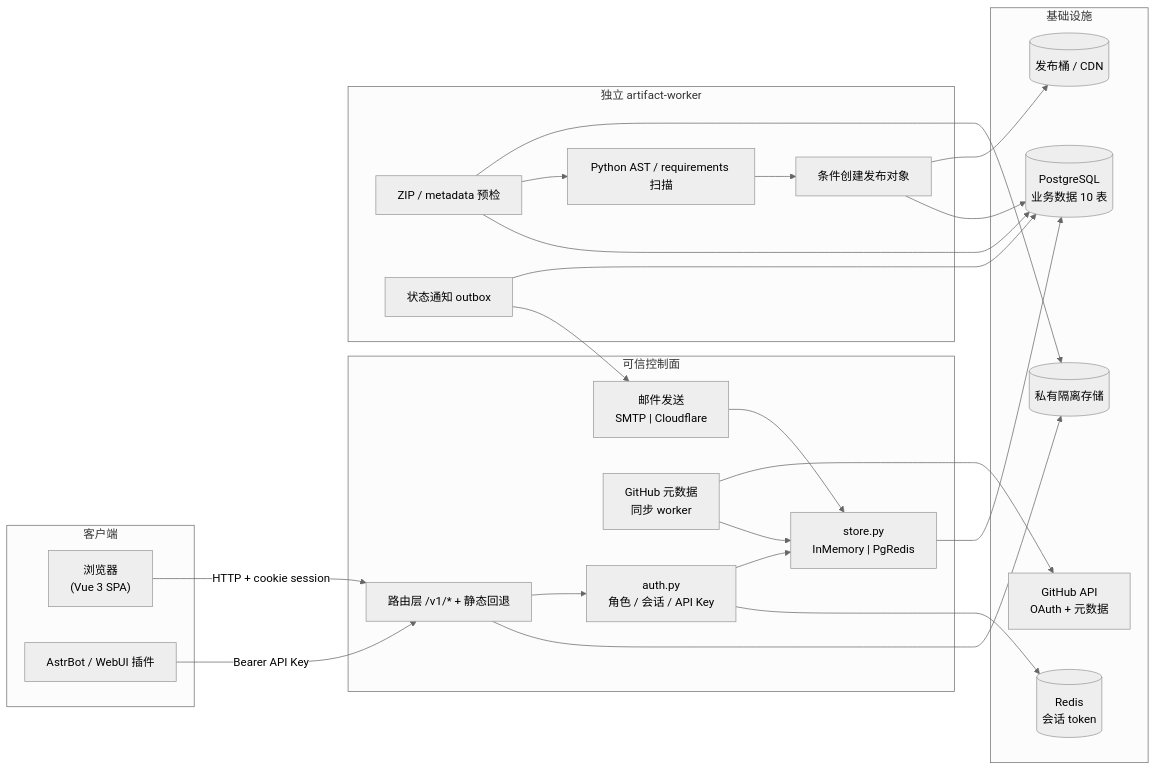
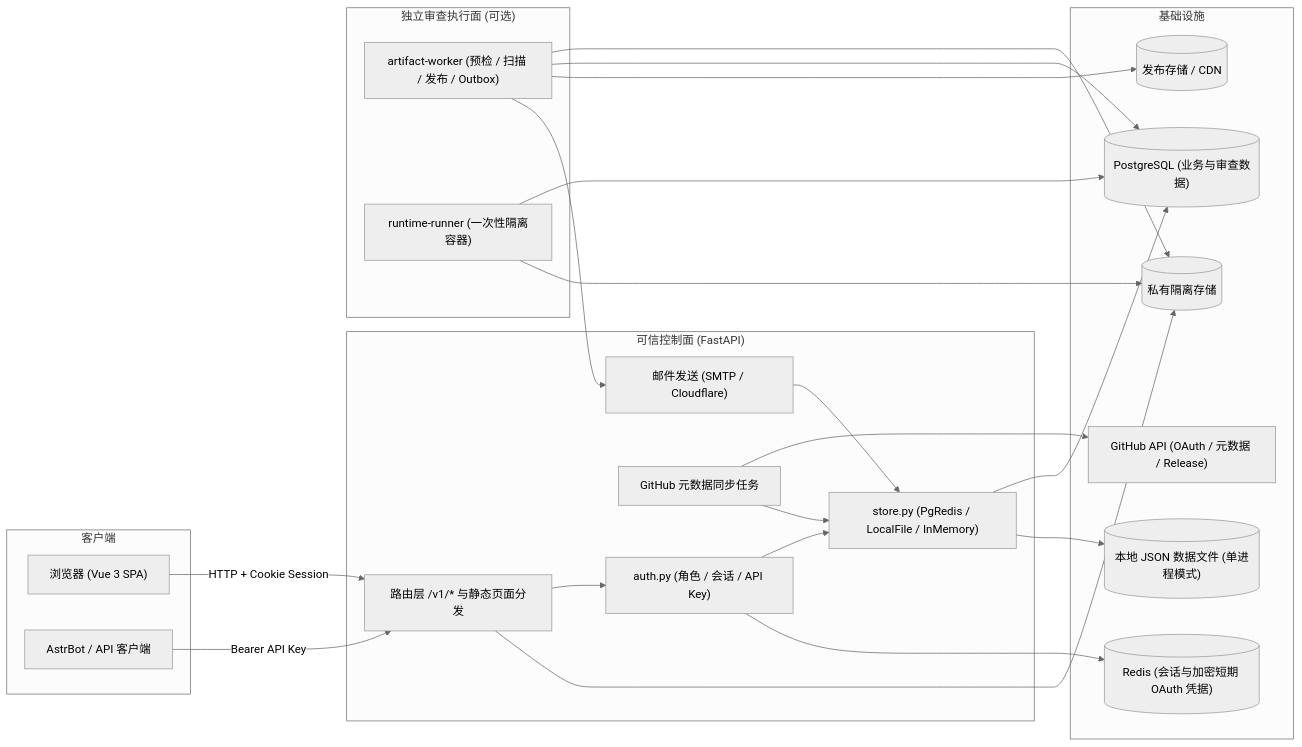
The diagram in docs/architecture.md (Astrhub/Astrbot_Community_Plugins), drawn with Mermaid (neutral theme) before and after one commit. The commit also changed other lines of this file and 23 other files, not shown here.

````diff
--- a/docs/architecture.md
+++ b/docs/architecture.md
@@ -9,46 +7,46 @@
 ```mermaid
 flowchart LR
     subgraph Client["客户端"]
-        Web["浏览器<br/>(Vue 3 SPA)"]
-        Bot["AstrBot / WebUI 插件"]
+        Web["浏览器 (Vue 3 SPA)"]
+        Bot["AstrBot / API 客户端"]
     end
 
-    subgraph Server["可信控制面"]
-        Router["路由层 /v1/* + 静态回退"]
-        Auth["auth.py<br/>角色 / 会话 / API Key"]
-        Store["store.py<br/>InMemory | PgRedis"]
-        Sync["GitHub 元数据<br/>同步 worker"]
-        Email["邮件发送<br/>SMTP | Cloudflare"]
+    subgraph Server["可信控制面 (FastAPI)"]
+        Router["路由层 /v1/* 与静态页面分发"]
+        Auth["auth.py (角色 / 会话 / API Key)"]
+        Store["store.py (PgRedis / LocalFile / InMemory)"]
+        Sync["GitHub 元数据同步任务"]
+        Email["邮件发送 (SMTP / Cloudflare)"]
     end
 
-    subgraph Artifact["独立 artifact-worker"]
-        Precheck["ZIP / metadata 预检"]
-        Static["Python AST / requirements 扫描"]
-        Publish["条件创建发布对象"]
-        Outbox["状态通知 outbox"]
+    subgraph Artifact["独立审查执行面 (可选)"]
+        Worker["artifact-worker (预检 / 扫描 / 发布 / Outbox)"]
+        Runner["runtime-runner (一次性隔离容器)"]
     end
 
     subgraph Infra["基础设施"]
-        PG[("PostgreSQL<br/>业务数据 10 表")]
-        Redis[("Redis<br/>会话 token")]
-        GH["GitHub API<br/>OAuth + 元数据"]
+        PG[("PostgreSQL (业务与审查数据)")]
+        Redis[("Redis (会话与加密短期 OAuth 凭据)")]
+        LocalFile[("本地 JSON 数据文件 (单进程模式)")]
+        GH["GitHub API (OAuth / 元数据 / Release)"]
         Private[("私有隔离存储")]
-        CDN[("发布桶 / CDN")]
+        CDN[("发布存储 / CDN")]
     end
 
-    Web -->|HTTP + cookie session| Router
-    Bot -->|Bearer API Key| Router
+    Web -->|"HTTP + Cookie Session"| Router
+    Bot -->|"Bearer API Key"| Router
     Router --> Auth --> Store
     Store --> PG
+    Store --> LocalFile
     Auth --> Redis
     Sync --> GH
     Sync --> Store
     Email --> Store
     Router --> Private
-    Precheck --> Private
-    Precheck --> Static --> Publish --> CDN
-    Precheck --> PG
-    Publish --> PG
-    Outbox --> PG
-    Outbox --> Email
+    Worker --> Private
+    Worker --> PG
+    Worker --> CDN
+    Worker --> Email
+    Runner --> PG
+    Runner --> Private
 ```
````
